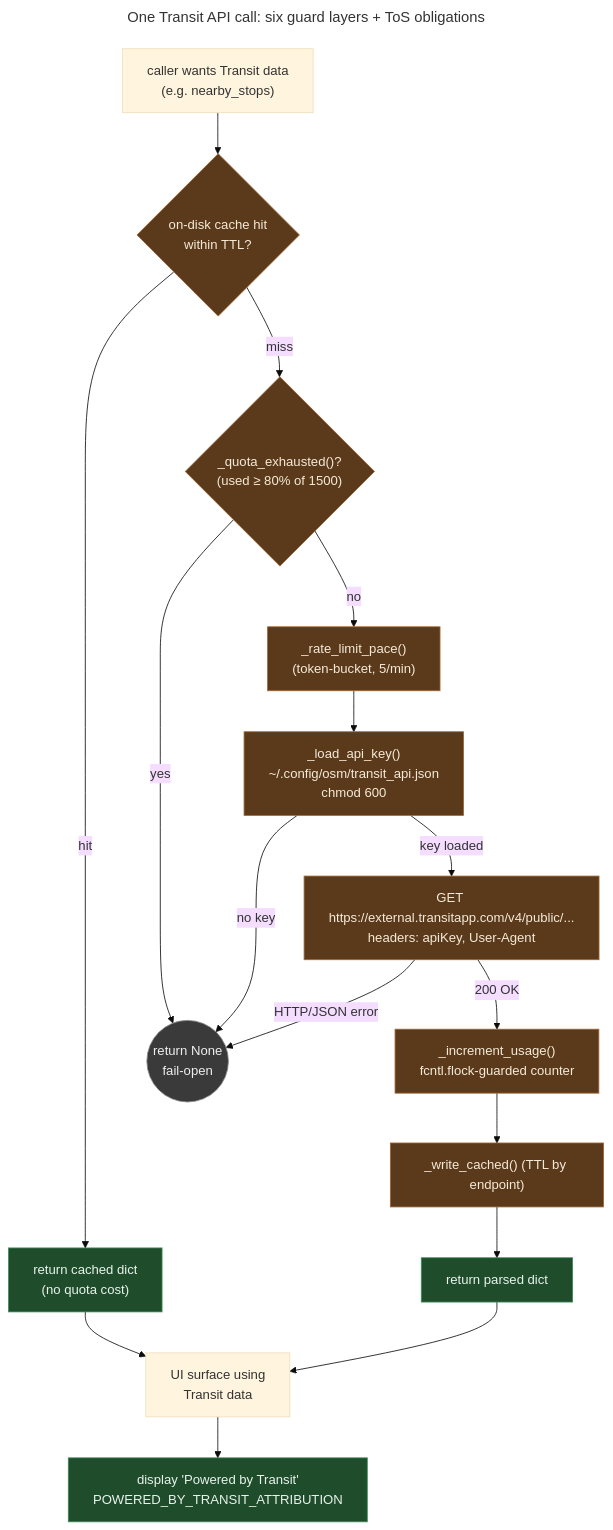
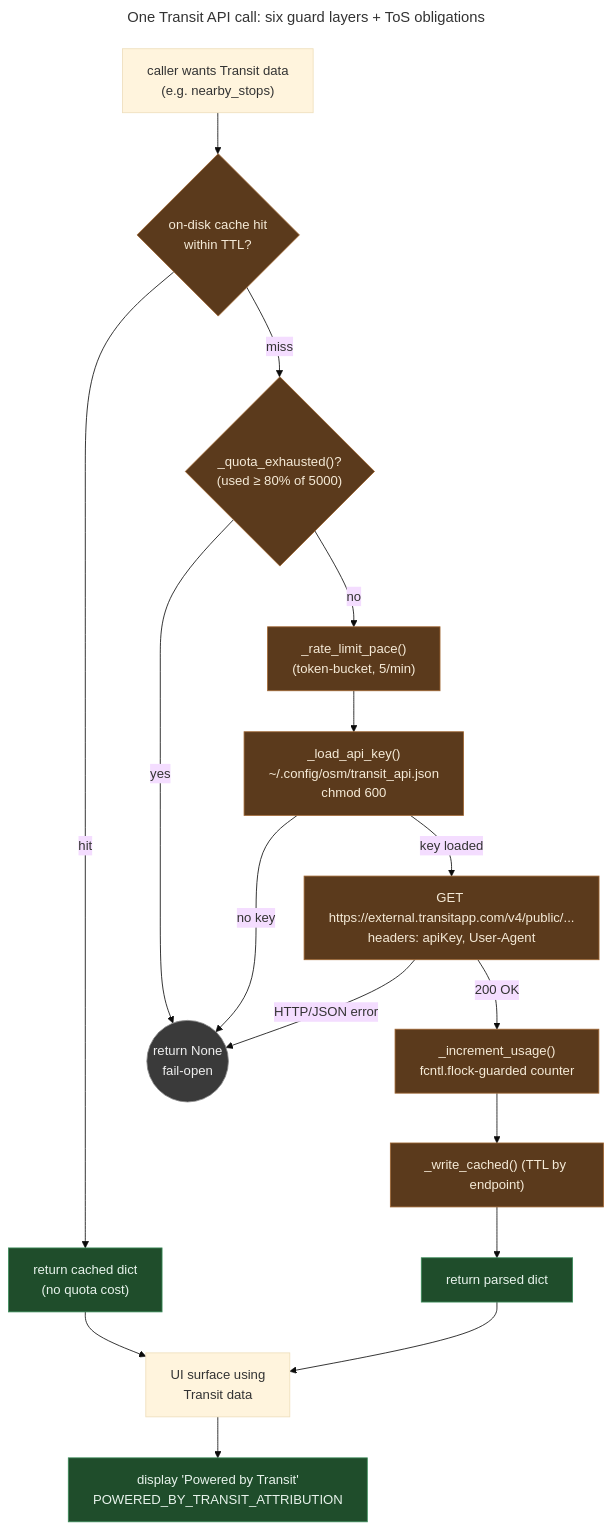
One commit to AICincy/MetroNow changed the diagram in docs/explainers/transit-quota.md. Above: the diagram before and after it, drawn with Mermaid (base theme). The commit also changed other lines of this file and 7 other files, not shown here.

````diff
--- a/docs/explainers/transit-quota.md
+++ b/docs/explainers/transit-quota.md
@@ -89,44 +91,44 @@
 ```mermaid
 ---
 title: "One Transit API call: six guard layers + ToS obligations"
 ---
 flowchart TD
     Caller["caller wants Transit data<br/>(e.g. nearby_stops)"]
     Cache{"on-disk cache hit<br/>within TTL?"}
-    Quota{"_quota_exhausted()?<br/>(used ≥ 80% of 1500)"}
+    Quota{"_quota_exhausted()?<br/>(used ≥ 80% of 5000)"}
     Pace["_rate_limit_pace()<br/>(token-bucket, 5/min)"]
     Key["_load_api_key()<br/>~/.config/osm/transit_api.json<br/>chmod 600"]
     HTTP["GET https://external.transitapp.com/v4/public/...<br/>headers: apiKey, User-Agent"]
     Inc["_increment_usage()<br/>fcntl.flock-guarded counter"]
     Write["_write_cached() (TTL by endpoint)"]
     Return["return parsed dict"]
     ReturnCached["return cached dict<br/>(no quota cost)"]
     ReturnNone((return None<br/>fail-open))
 
     UI["UI surface using<br/>Transit data"]
     Attr["display 'Powered by Transit'<br/>POWERED_BY_TRANSIT_ATTRIBUTION"]
 
     Caller --> Cache
     Cache -- "hit" --> ReturnCached
     Cache -- "miss" --> Quota
     Quota -- "yes" --> ReturnNone
     Quota -- "no" --> Pace
     Pace --> Key
     Key -- "no key" --> ReturnNone
     Key -- "key loaded" --> HTTP
     HTTP -- "HTTP/JSON error" --> ReturnNone
     HTTP -- "200 OK" --> Inc
     Inc --> Write
     Write --> Return
     Return --> UI
     ReturnCached --> UI
     UI --> Attr
 
     classDef pass fill:#1f4d2b,stroke:#3b8c5a,color:#e8f3ec
     classDef guard fill:#5b3a1c,stroke:#a06632,color:#f5ead7
     classDef exit fill:#3a3a3a,stroke:#888,color:#eee
     class Cache,Quota,Pace,Key,HTTP,Inc,Write guard
     class Return,ReturnCached pass
     class ReturnNone exit
     class Attr pass
 ```
````
